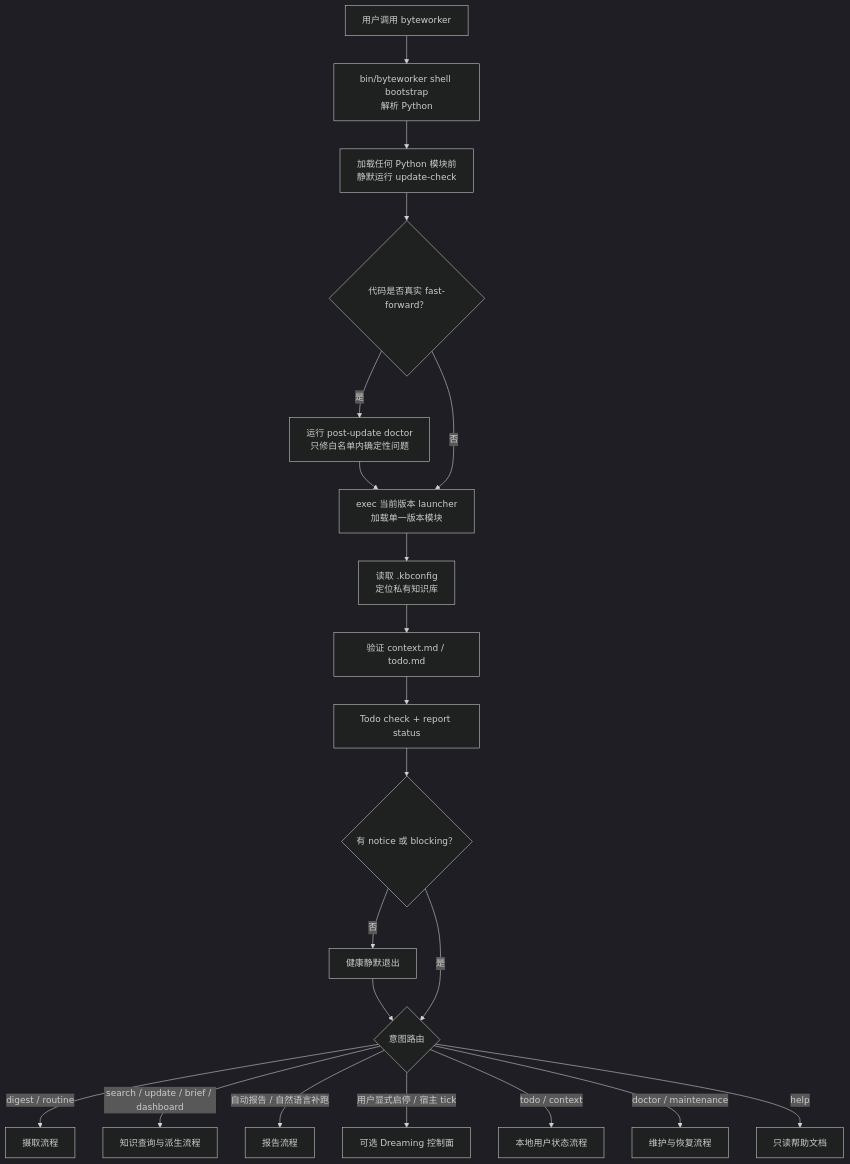
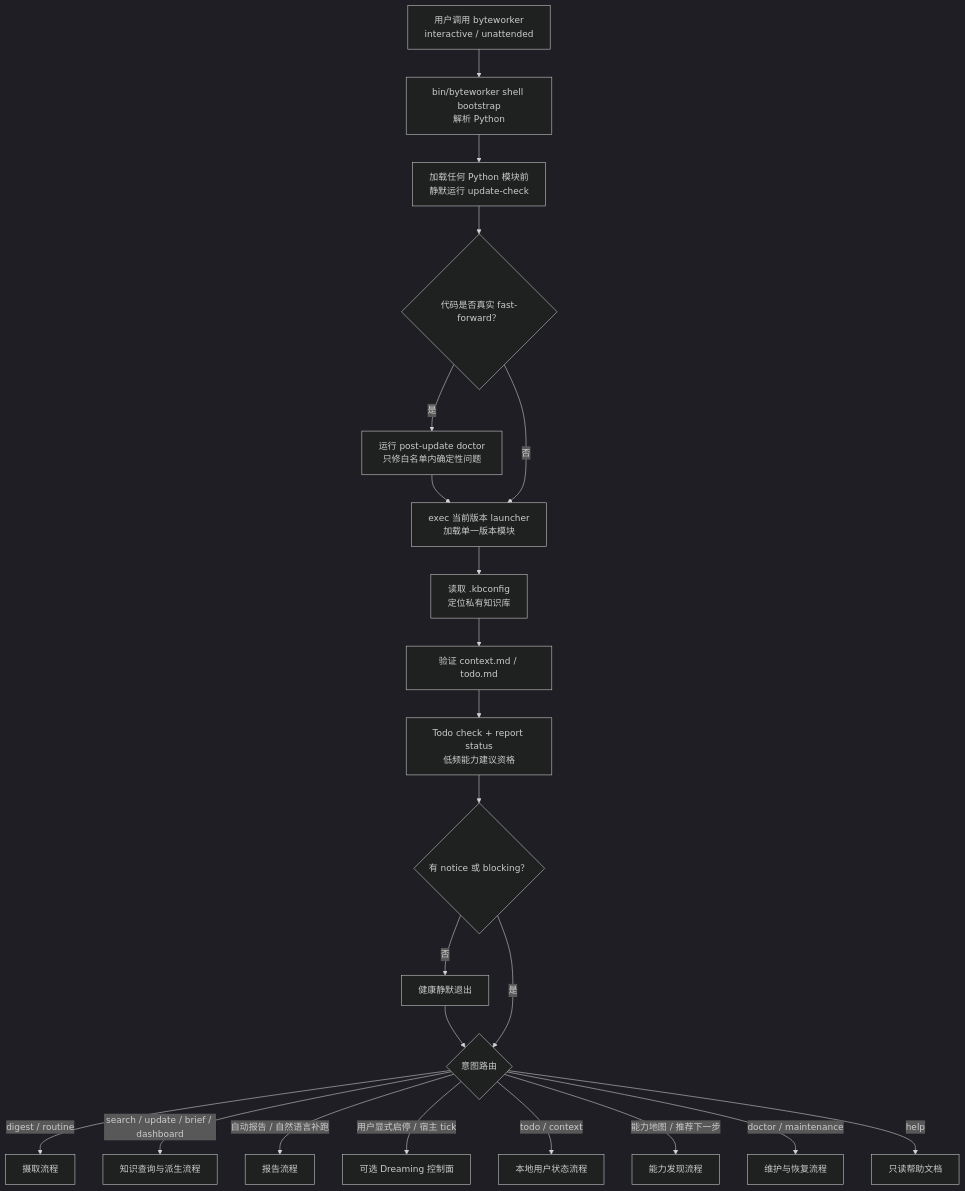
One commit to ranjiao/byteworker changed the fourth of 19 diagrams in docs/development/ARCHITECTURE.md. Above: the diagram before and after it, drawn with Mermaid (dark theme). The commit also changed other lines of this file and 25 other files, not shown here.

````diff
--- a/docs/development/ARCHITECTURE.md
+++ b/docs/development/ARCHITECTURE.md
@@ -137,31 +137,32 @@
 ```mermaid
 flowchart TD
-    I["用户调用 byteworker"]
+    I["用户调用 byteworker<br/>interactive / unattended"]
     B["bin/byteworker shell bootstrap<br/>解析 Python"]
     U["加载任何 Python 模块前<br/>静默运行 update-check"]
     G{"代码是否真实 fast-forward？"}
     P["运行 post-update doctor<br/>只修白名单内确定性问题"]
     X["exec 当前版本 launcher<br/>加载单一版本模块"]
     K["读取 .kbconfig<br/>定位私有知识库"]
     C["验证 context.md / todo.md"]
-    T["Todo check + report status"]
+    T["Todo check + report status<br/>低频能力建议资格"]
     N{"有 notice 或 blocking？"}
     Z["健康静默退出"]
     R{"意图路由"}
 
     I --> B --> U --> G
     G -->|"是"| P --> X
     G -->|"否"| X
     X --> K
     K --> C --> T --> N
     N -->|"否"| Z --> R
     N -->|"是"| R
 
     R -->|"digest / routine"| D["摄取流程"]
     R -->|"search / update / brief / dashboard"| Q["知识查询与派生流程"]
     R -->|"自动报告 / 自然语言补跑"| W["报告流程"]
     R -->|"用户显式启停 / 宿主 tick"| DR["可选 Dreaming 控制面"]
     R -->|"todo / context"| L["本地用户状态流程"]
+    R -->|"能力地图 / 推荐下一步"| E["能力发现流程"]
     R -->|"doctor / maintenance"| M["维护与恢复流程"]
     R -->|"help"| H["只读帮助文档"]
 ```
````
